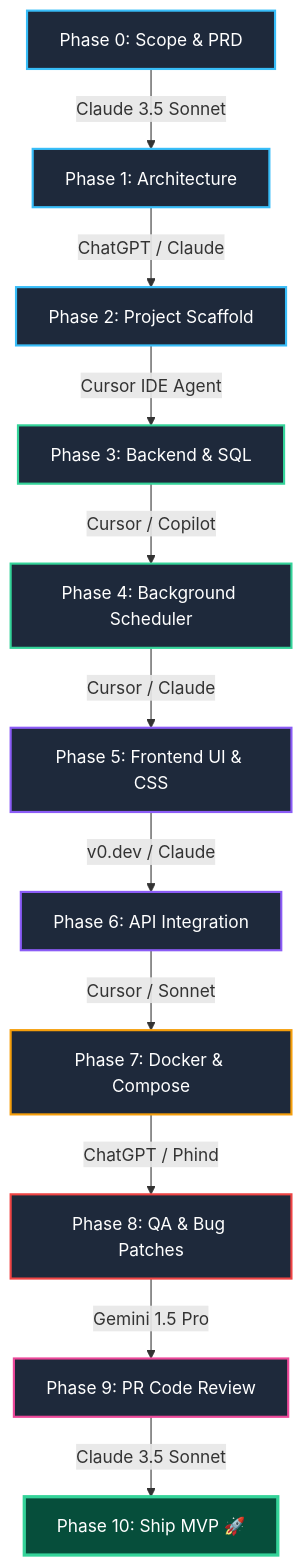
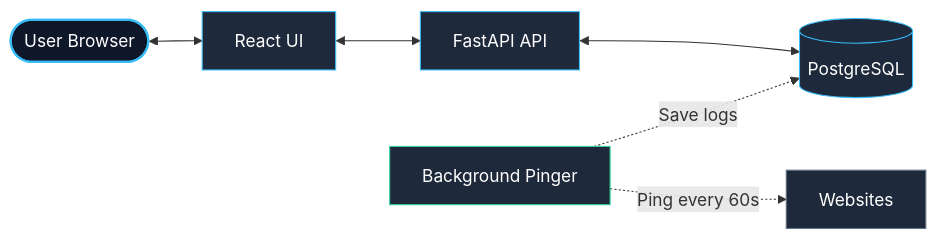
The first of 3 diagrams in README.md (Nishchalpr4/UpTime-Moniter), drawn with Mermaid before and after one commit. The commit also changed other lines of this file, not shown here.

Commit message:
docs: simplify README diagrams and unify AI tool selection details

````diff
--- a/README.md
+++ b/README.md
@@ -96,25 +9,15 @@
 ```mermaid
-flowchart TD
-    A[Phase 0: Scope & PRD] -->|Claude 3.5 Sonnet| B[Phase 1: Architecture]
-    B -->|ChatGPT / Claude| C[Phase 2: Project Scaffold]
-    C -->|Cursor IDE Agent| D[Phase 3: Backend & SQL]
-    D -->|Cursor / Copilot| E[Phase 4: Background Scheduler]
-    E -->|Cursor / Claude| F[Phase 5: Frontend UI & CSS]
-    F -->|v0.dev / Claude| G[Phase 6: API Integration]
-    G -->|Cursor / Sonnet| H[Phase 7: Docker & Compose]
-    H -->|ChatGPT / Phind| I[Phase 8: QA & Bug Patches]
-    I -->|Gemini 1.5 Pro| J[Phase 9: PR Code Review]
-    J -->|Claude 3.5 Sonnet| K[Phase 10: Ship MVP 🚀]
+graph LR
+    User([User Browser]) <--> UI[React UI]
+    UI <--> API[FastAPI API]
+    API <--> DB[(PostgreSQL)]
+    Scheduler[Background Pinger] -.->|Ping every 60s| Target[Websites]
+    Scheduler -.->|Save logs| DB
 
-    style A fill:#1e293b,stroke:#38bdf8,stroke-width:2px,color:#fff
-    style B fill:#1e293b,stroke:#38bdf8,stroke-width:2px,color:#fff
-    style C fill:#1e293b,stroke:#38bdf8,stroke-width:2px,color:#fff
-    style D fill:#1e293b,stroke:#34d399,stroke-width:2px,color:#fff
-    style E fill:#1e293b,stroke:#34d399,stroke-width:2px,color:#fff
-    style F fill:#1e293b,stroke:#8b5cf6,stroke-width:2px,color:#fff
-    style G fill:#1e293b,stroke:#8b5cf6,stroke-width:2px,color:#fff
-    style H fill:#1e293b,stroke:#f59e0b,stroke-width:2px,color:#fff
-    style I fill:#1e293b,stroke:#ef4444,stroke-width:2px,color:#fff
-    style J fill:#1e293b,stroke:#ec4899,stroke-width:2px,color:#fff
-    style K fill:#064e3b,stroke:#34d399,stroke-width:3px,color:#fff
+    style User fill:#0f172a,stroke:#38bdf8,stroke-width:2px,color:#fff
+    style UI fill:#1e293b,stroke:#38bdf8,color:#fff
+    style API fill:#1e293b,stroke:#38bdf8,color:#fff
+    style DB fill:#1e293b,stroke:#38bdf8,color:#fff
+    style Scheduler fill:#1e293b,stroke:#34d399,color:#fff
+    style Target fill:#1e293b,stroke:#64748b,color:#fff
 ```
````
